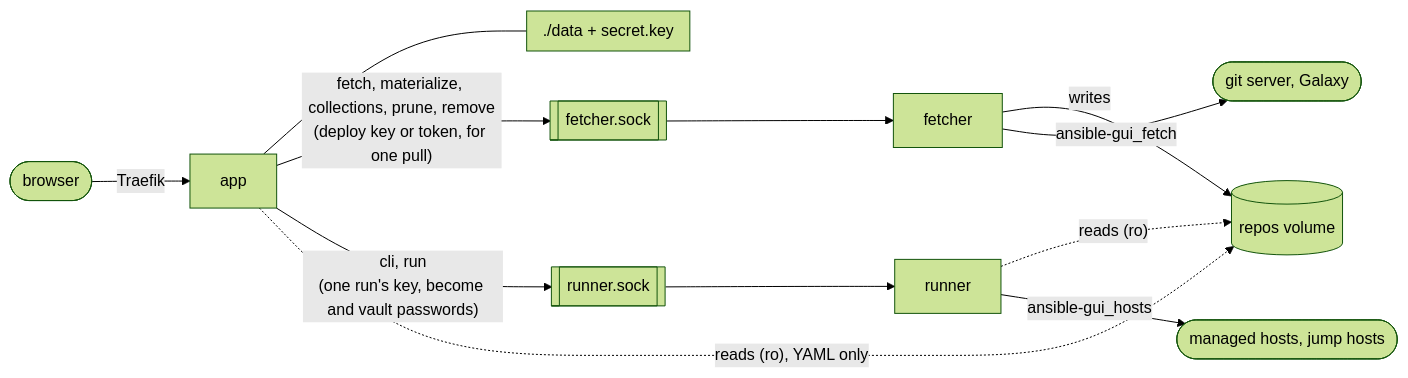
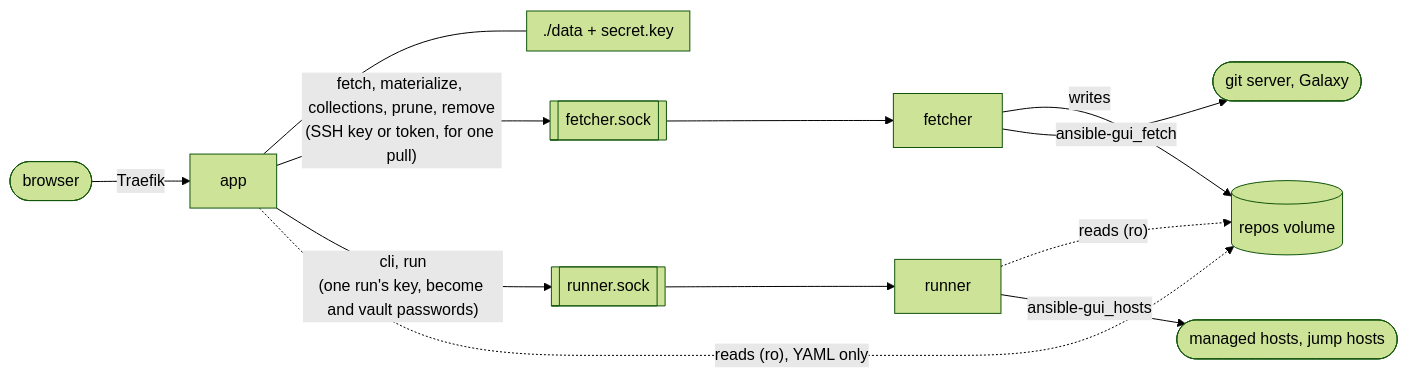
The diagram in docs/runner-split.md (mnestor/ansible-gui), drawn with Mermaid (forest theme) before and after one commit. The commit also changed other lines of this file and 18 other files, not shown here.

````diff
--- a/docs/runner-split.md
+++ b/docs/runner-split.md
@@ -22,16 +22,16 @@
 ```mermaid
 flowchart LR
   browser([browser]) -->|Traefik| app
   subgraph data [./data + secret.key]
   end
   app --- data
-  app -- "fetch, materialize, collections, prune, remove\n(deploy key or token, for one pull)" --> fsock[[fetcher.sock]]
+  app -- "fetch, materialize, collections, prune, remove\n(SSH key or token, for one pull)" --> fsock[[fetcher.sock]]
   app -- "cli, run\n(one run's key, become and vault passwords)" --> rsock[[runner.sock]]
   fsock --> fetcher
   rsock --> runner
   fetcher -- writes --> repos[(repos volume)]
   runner -. "reads (ro)" .-> repos
   app -. "reads (ro), YAML only" .-> repos
   fetcher -->|ansible-gui_fetch| git([git server, Galaxy])
   runner -->|ansible-gui_hosts| hosts([managed hosts, jump hosts])
 ```
````
